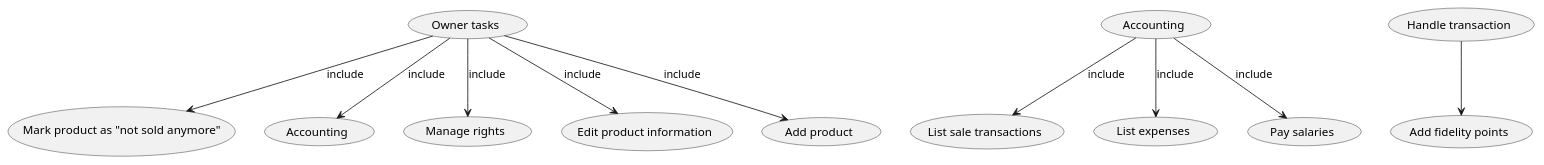
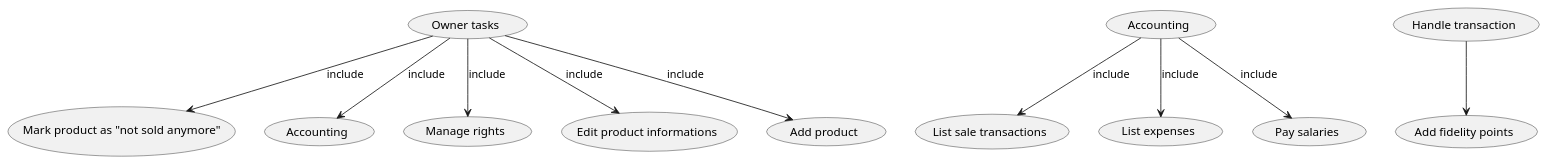
One commit to nicolabattaglino/ezshop changed the third of 7 diagrams in Deliverables/RequirementsDocument.md. Above: the diagram before and after it, drawn with PlantUML. The commit also changed other lines of this file and 1 other file, not shown here.

````diff
--- a/Deliverables/RequirementsDocument.md
+++ b/Deliverables/RequirementsDocument.md
@@ -238,26 +238,26 @@
 ```plantuml
 @startuml
 "Mark product as "not sold anymore"" as (notSold)
 "Accounting" as (accounting)
 "Manage rights" as (manageRights)
 "Owner tasks" as (ownerTasks)
-"Edit product information" as (editProduct)
+"Edit product informations" as (editProduct)
 "Add product" as (addProduct)
 "Accounting" as (acoounting)
 "List sale transactions" as (listSale)
 "List expenses" as (listExpenses)
 "Pay salaries" as (paySalaries)
 "Add fidelity points" as (addPoints)
 "Handle transaction" as (handleTransaction)
 (ownerTasks) --> (addProduct):include
 (acoounting)-->(listSale):include
 (acoounting)-->(listExpenses):include
 (acoounting)-->(paySalaries):include
 (ownerTasks)-->(notSold):include
 (ownerTasks)-->(accounting):include
 (ownerTasks)-->(manageRights):include
 (ownerTasks)-->(editProduct):include
 (handleTransaction) --> (addPoints)
 @enduml
 
 ```
````
